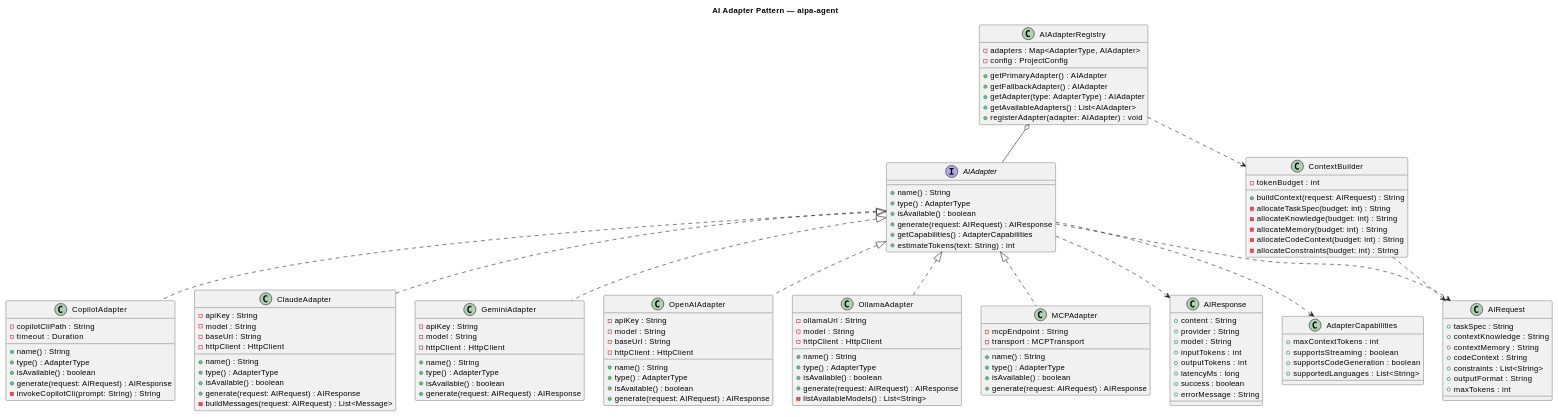
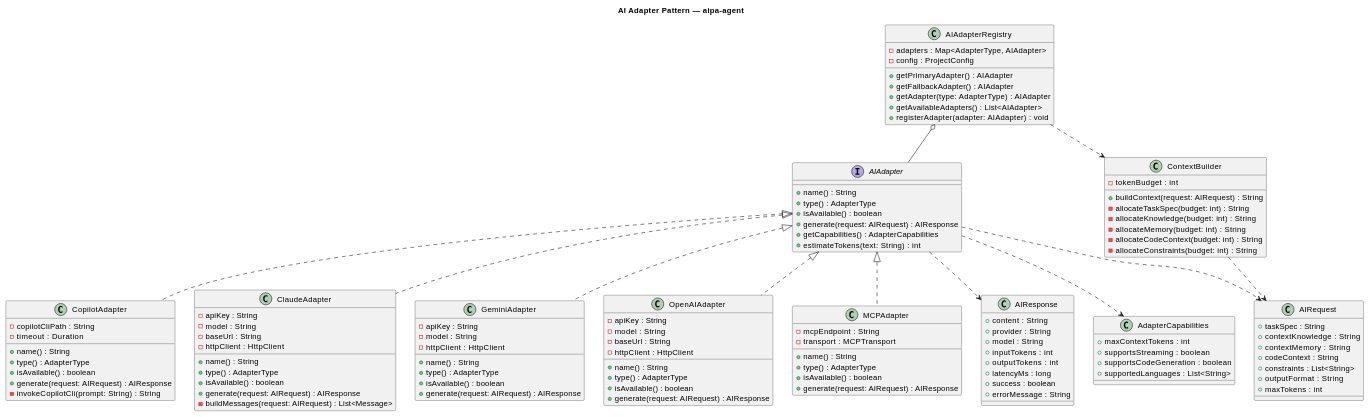
One commit to IISI-1309004/AI-Project-Assistant-Studio changed the first of 12 diagrams in docs/architecture/diagrams/001-class-diagrams.md. Above: the diagram before and after it, drawn with PlantUML. The commit also changed 204 other files, not shown here.

```diff
--- a/docs/architecture/diagrams/001-class-diagrams.md
+++ b/docs/architecture/diagrams/001-class-diagrams.md
@@ -83,16 +83,6 @@
   + generate(request: AIRequest) : AIResponse
 }
 
-class OllamaAdapter {
-  - ollamaUrl : String
-  - model : String
-  - httpClient : HttpClient
-  + name() : String
-  + type() : AdapterType
-  + isAvailable() : boolean
-  + generate(request: AIRequest) : AIResponse
-  - listAvailableModels() : List<String>
-}
 
 class MCPAdapter {
   - mcpEndpoint : String
@@ -155,7 +145,6 @@
 AIAdapter <|.. ClaudeAdapter
 AIAdapter <|.. GeminiAdapter
 AIAdapter <|.. OpenAIAdapter
-AIAdapter <|.. OllamaAdapter
 AIAdapter <|.. MCPAdapter
 
 AIAdapterRegistry o-- AIAdapter
```
